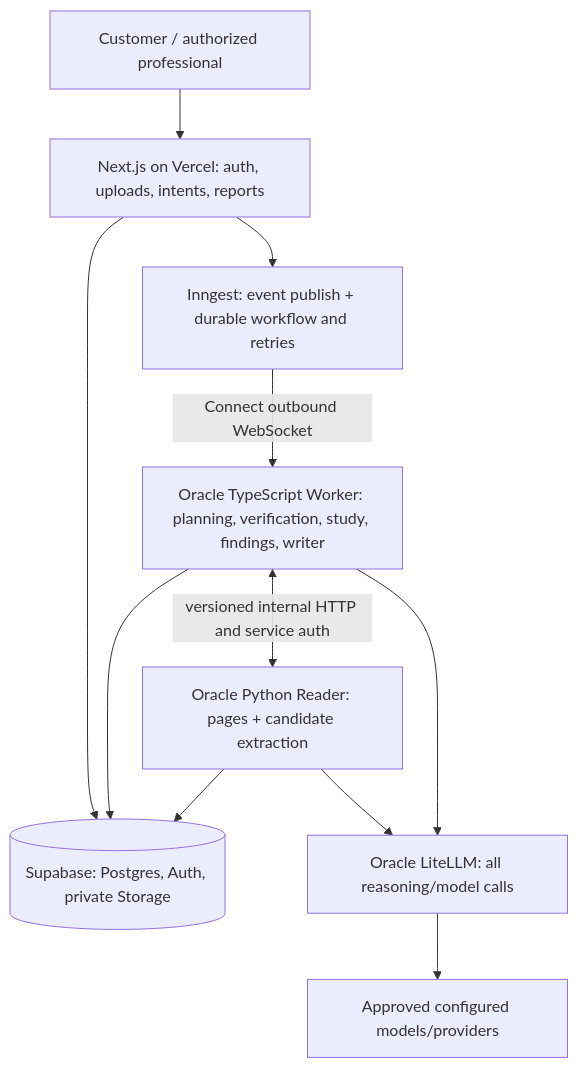
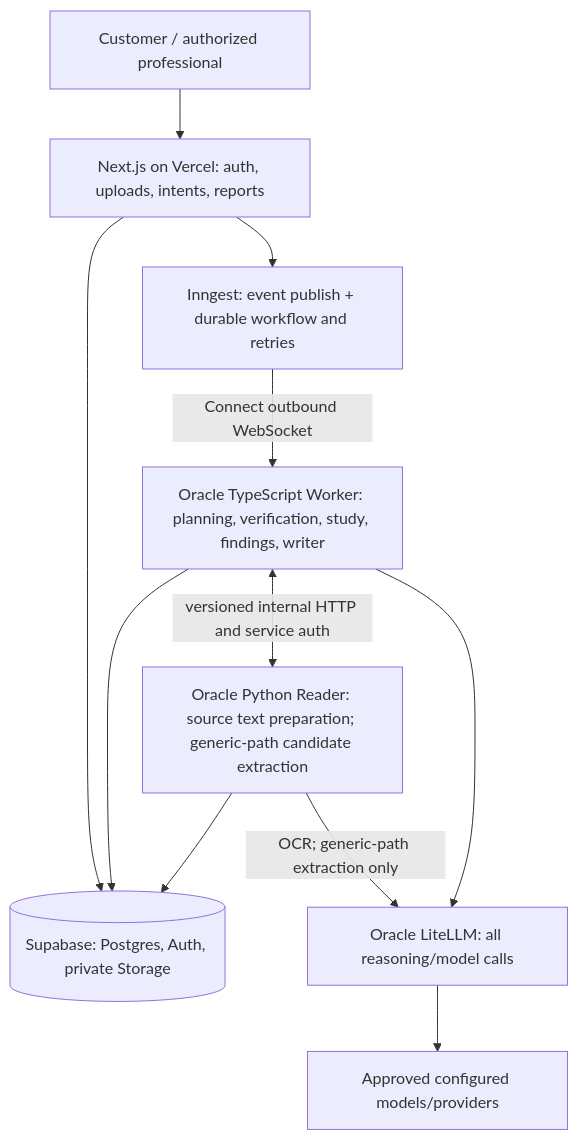
Before and after one commit to STEAMInventors/hiveforyou-v3: the diagram in docs/ARCHITECTURE.md, drawn with Mermaid. The commit also changed other lines of this file and 15 other files, not shown here.

Commit message:
docs: approve Domain Pack extraction and prompt architecture

````diff
--- a/docs/ARCHITECTURE.md
+++ b/docs/ARCHITECTURE.md
@@ -36,13 +36,13 @@
 ```mermaid
 flowchart TB
   User[Customer / authorized professional] --> Web[Next.js on Vercel: auth, uploads, intents, reports]
   Web --> S[(Supabase: Postgres, Auth, private Storage)]
   Web --> I[Inngest: event publish + durable workflow and retries]
   I -->|Connect outbound WebSocket| W[Oracle TypeScript Worker: planning, verification, study, findings, writer]
   W --> S
-  W <-->|versioned internal HTTP and service auth| R[Oracle Python Reader: pages + candidate extraction]
+  W <-->|versioned internal HTTP and service auth| R[Oracle Python Reader: source text preparation; generic-path candidate extraction]
   R --> S
   W --> L[Oracle LiteLLM: all reasoning/model calls]
-  R --> L
+  R -->|OCR; generic-path extraction only| L
   L --> M[Approved configured models/providers]
 ```
````
